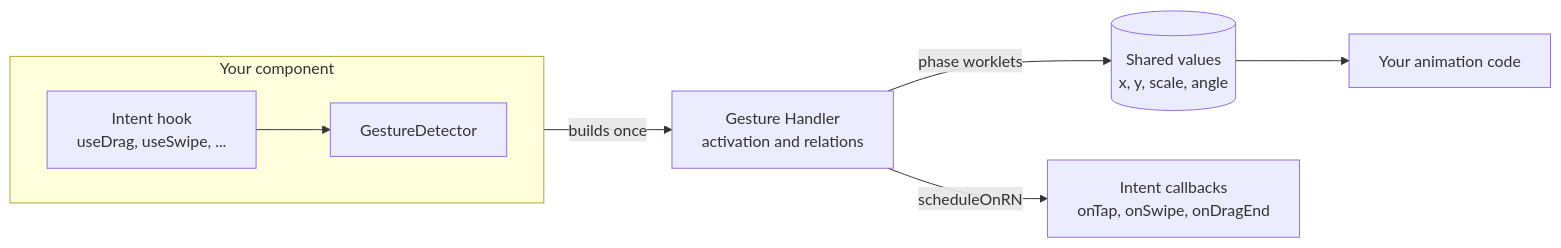
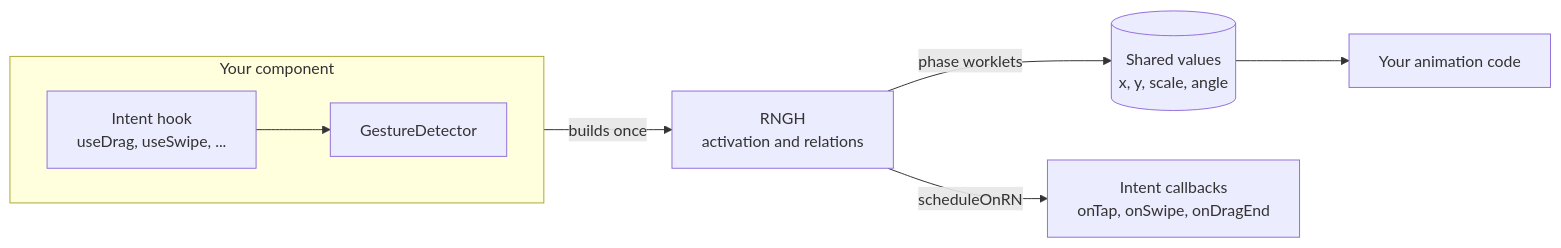
One commit to rootnative/impulse changed the diagram in README.md. Above: the diagram before and after it, drawn with Mermaid. The commit also changed other lines of this file and 20 other files, not shown here.

````diff
--- a/README.md
+++ b/README.md
@@ -221,11 +221,11 @@
 ```mermaid
 flowchart LR
   subgraph app ["Your component"]
     direction LR
     hook["Intent hook<br/>useDrag, useSwipe, ..."] --> detector["GestureDetector"]
   end
-  hook -->|builds once| rngh["Gesture Handler<br/>activation and relations"]
+  hook -->|builds once| rngh["RNGH<br/>activation and relations"]
   rngh -->|phase worklets| values[("Shared values<br/>x, y, scale, angle")]
   rngh -->|scheduleOnRN| intent["Intent callbacks<br/>onTap, onSwipe, onDragEnd"]
   values --> anim["Your animation code"]
 ```
````
